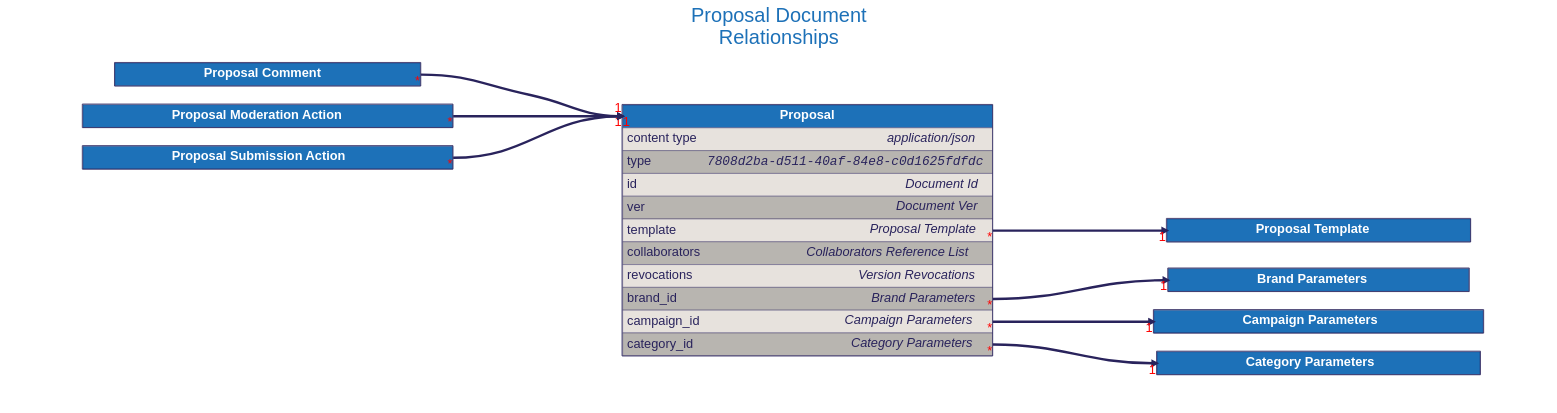
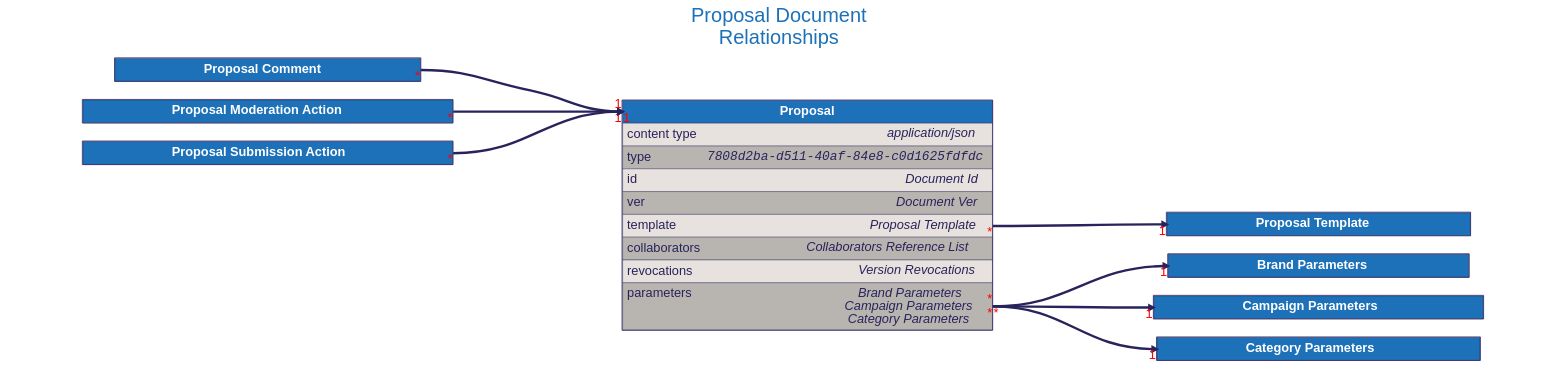
The diagram in docs/src/architecture/08_concepts/signed_doc/diagrams/proposal.dot (input-output-hk/catalyst-libs), drawn with Graphviz before and after one commit. The commit also changed 42 other files, not shown here.

```diff
--- a/docs/src/architecture/08_concepts/signed_doc/diagrams/proposal.dot
+++ b/docs/src/architecture/08_concepts/signed_doc/diagrams/proposal.dot
@@ -151,31 +151,11 @@
                 </TD>
             </TR>
             <TR>
-                <TD ALIGN="LEFT" PORT="brand_id" BGCOLOR="#b8b5b0">
+                <TD ALIGN="LEFT" PORT="parameters" BGCOLOR="#b8b5b0">
                     <TABLE CELLPADDING="0" CELLSPACING="0" BORDER="0">
                         <TR>
-                            <TD ALIGN="LEFT" VALIGN="TOP" WIDTH="200"><FONT>brand_id</FONT></TD>
-                            <TD ALIGN="RIGHT"><FONT><I>Brand Parameters</I></FONT></TD>
-                        </TR>
-                    </TABLE>
-                </TD>
-            </TR>
-            <TR>
-                <TD ALIGN="LEFT" PORT="campaign_id" BGCOLOR="#e7e2dd">
-                    <TABLE CELLPADDING="0" CELLSPACING="0" BORDER="0">
-                        <TR>
-                            <TD ALIGN="LEFT" VALIGN="TOP" WIDTH="200"><FONT>campaign_id</FONT></TD>
-                            <TD ALIGN="RIGHT"><FONT><I>Campaign Parameters</I></FONT></TD>
-                        </TR>
-                    </TABLE>
-                </TD>
-            </TR>
-            <TR>
-                <TD ALIGN="LEFT" PORT="category_id" BGCOLOR="#b8b5b0">
-                    <TABLE CELLPADDING="0" CELLSPACING="0" BORDER="0">
-                        <TR>
-                            <TD ALIGN="LEFT" VALIGN="TOP" WIDTH="200"><FONT>category_id</FONT></TD>
-                            <TD ALIGN="RIGHT"><FONT><I>Category Parameters</I></FONT></TD>
+                            <TD ALIGN="LEFT" VALIGN="TOP" WIDTH="200"><FONT>parameters</FONT></TD>
+                            <TD ALIGN="RIGHT"><FONT><I>Brand Parameters<BR />Campaign Parameters<BR />Category Parameters</I></FONT></TD>
                         </TR>
                     </TABLE>
                 </TD>
@@ -232,9 +212,9 @@
 
 
     "Proposal":"template":e -> "Proposal Template":"title":w [dir=forward, penwidth=6, color="#29235c", headlabel="1", taillabel="*"]
-    "Proposal":"brand_id":e -> "Brand Parameters":"title":w [dir=forward, penwidth=6, color="#29235c", headlabel="1", taillabel="*"]
-    "Proposal":"campaign_id":e -> "Campaign Parameters":"title":w [dir=forward, penwidth=6, color="#29235c", headlabel="1", taillabel="*"]
-    "Proposal":"category_id":e -> "Category Parameters":"title":w [dir=forward, penwidth=6, color="#29235c", headlabel="1", taillabel="*"]
+    "Proposal":"parameters":e -> "Brand Parameters":"title":w [dir=forward, penwidth=6, color="#29235c", headlabel="1", taillabel="*"]
+    "Proposal":"parameters":e -> "Campaign Parameters":"title":w [dir=forward, penwidth=6, color="#29235c", headlabel="1", taillabel="*"]
+    "Proposal":"parameters":e -> "Category Parameters":"title":w [dir=forward, penwidth=6, color="#29235c", headlabel="1", taillabel="*"]
     "Proposal Comment":"title":e -> "Proposal":"title":w [dir=forward, penwidth=6, color="#29235c", headlabel="1", taillabel="*"]
     "Proposal Moderation Action":"title":e -> "Proposal":"title":w [dir=forward, penwidth=6, color="#29235c", headlabel="1", taillabel="*"]
     "Proposal Submission Action":"title":e -> "Proposal":"title":w [dir=forward, penwidth=6, color="#29235c", headlabel="1", taillabel="*"]
```
